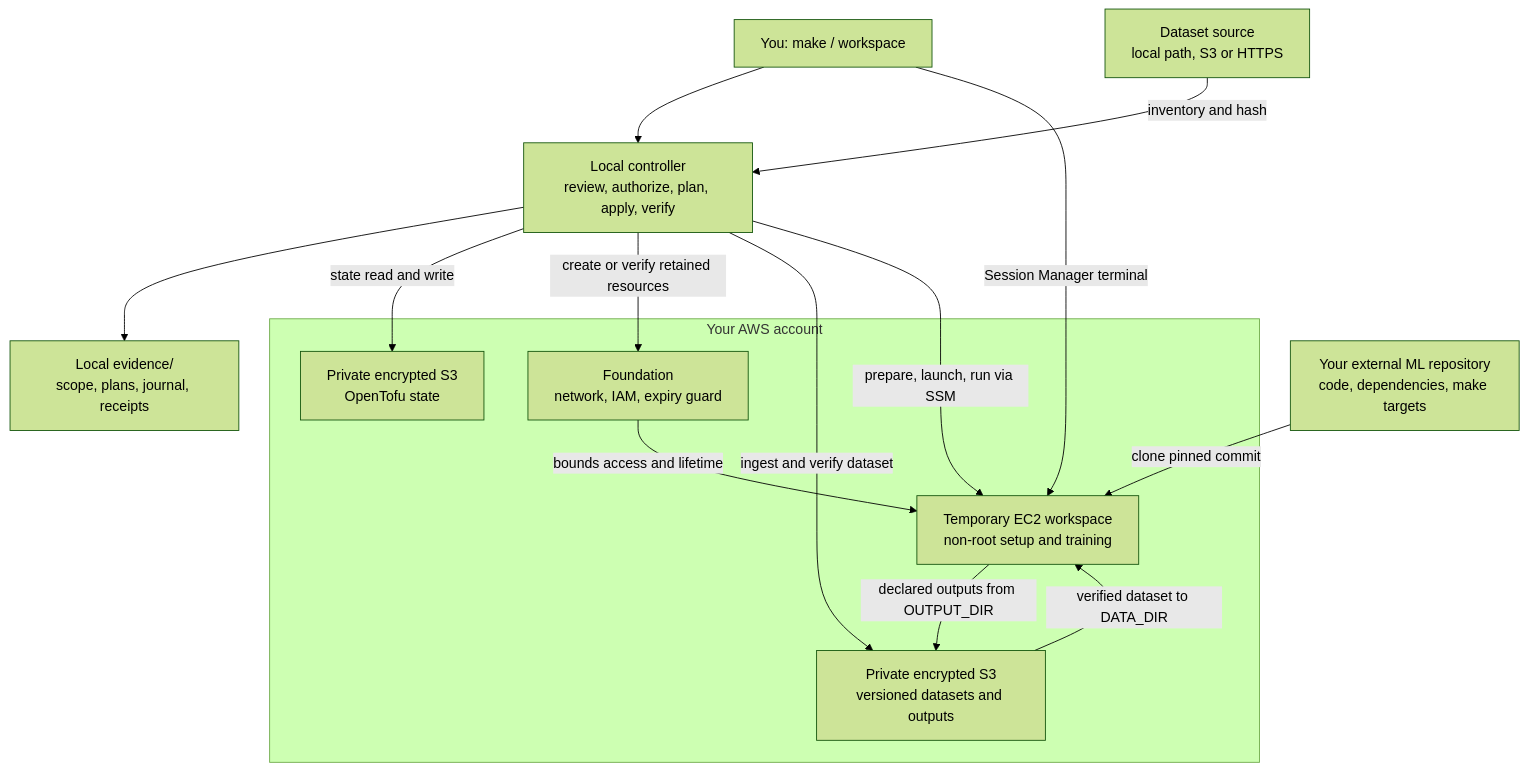
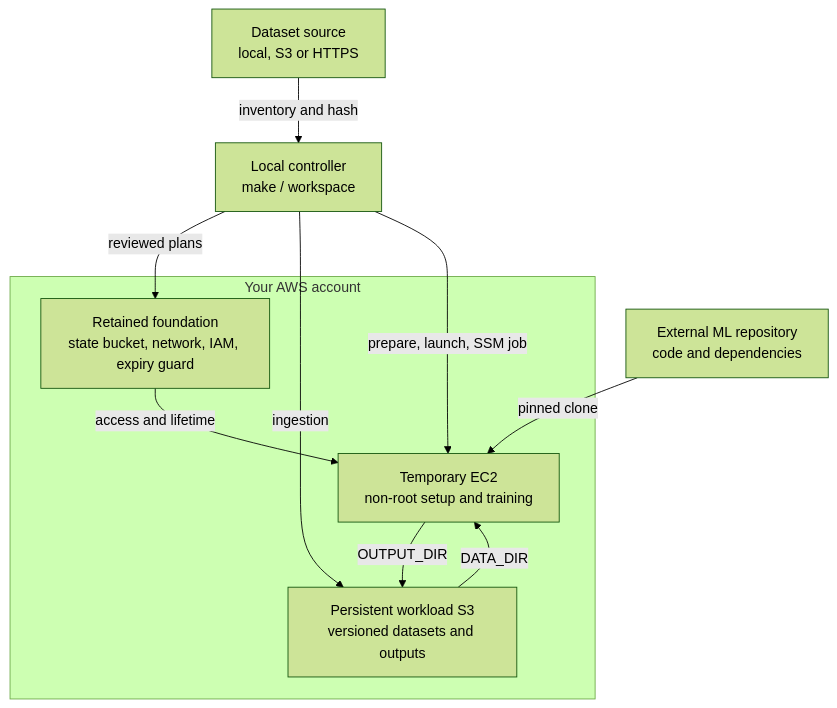
Before and after one commit to Bboissen/ml-deployer: the first of 2 diagrams in README.md, drawn with Mermaid (forest theme). The commit also changed other lines of this file, not shown here.

Commit message:
docs: simplify the architecture diagram for readability

````diff
--- a/README.md
+++ b/README.md
@@ -67,21 +67,16 @@
 ```mermaid
 flowchart TD
-    operator["You: make / workspace"] --> controller["Local controller<br/>review, authorize, plan, apply, verify"]
-    source["Dataset source<br/>local path, S3 or HTTPS"] -->|inventory and hash| controller
-    controller --> evidence["Local evidence/<br/>scope, plans, journal, receipts"]
+    source["Dataset source<br/>local, S3 or HTTPS"] -->|inventory and hash| controller["Local controller<br/>make / workspace"]
     subgraph aws["Your AWS account"]
-        state["Private encrypted S3<br/>OpenTofu state"]
-        platform["Foundation<br/>network, IAM, expiry guard"]
-        compute["Temporary EC2 workspace<br/>non-root setup and training"]
-        storage["Private encrypted S3<br/>versioned datasets and outputs"]
-        platform -->|bounds access and lifetime| compute
-        storage -->|verified dataset to DATA_DIR| compute
-        compute -->|declared outputs from OUTPUT_DIR| storage
+        platform["Retained foundation<br/>state bucket, network, IAM, expiry guard"]
+        compute["Temporary EC2<br/>non-root setup and training"]
+        storage["Persistent workload S3<br/>versioned datasets and outputs"]
+        platform -->|access and lifetime| compute
+        storage -->|DATA_DIR| compute
+        compute -->|OUTPUT_DIR| storage
     end
-    controller -->|state read and write| state
-    controller -->|create or verify retained resources| platform
-    controller -->|ingest and verify dataset| storage
-    controller -->|prepare, launch, run via SSM| compute
-    github["Your external ML repository<br/>code, dependencies, make targets"] -->|clone pinned commit| compute
-    operator -->|Session Manager terminal| compute
+    controller -->|reviewed plans| platform
+    controller -->|ingestion| storage
+    controller -->|prepare, launch, SSM job| compute
+    github["External ML repository<br/>code and dependencies"] -->|pinned clone| compute
 ```
````
